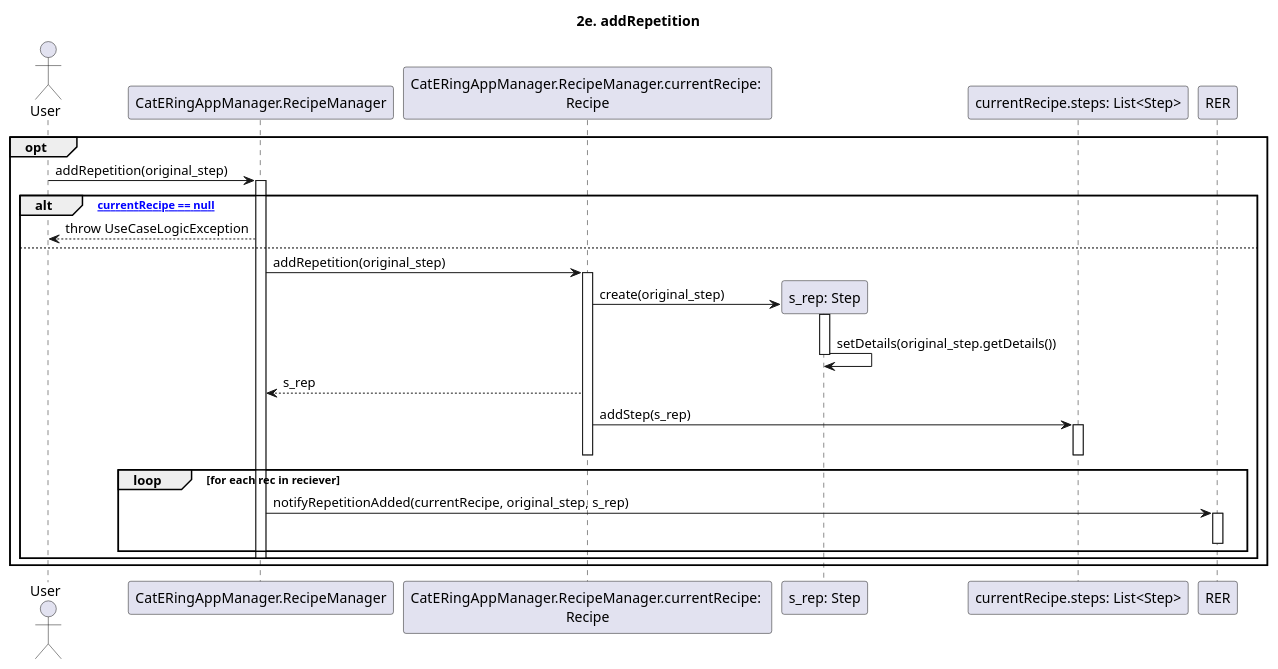
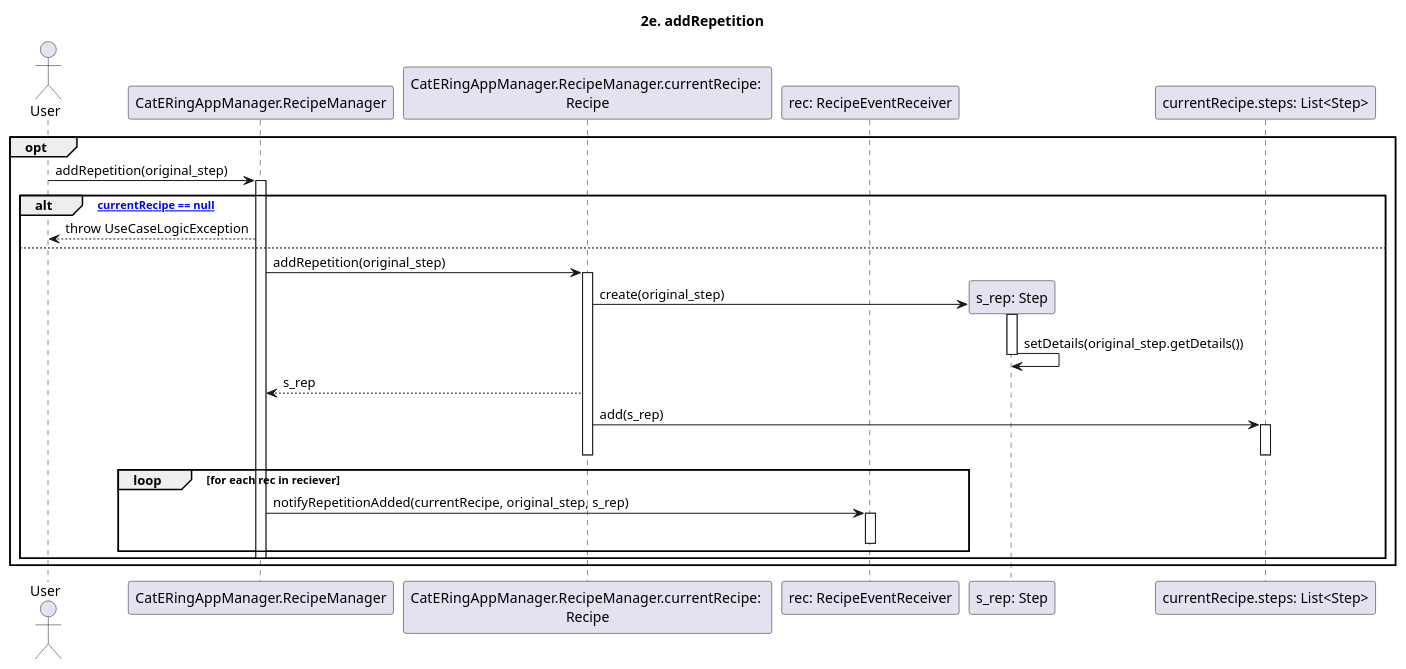
The diagram in dsd/dsd-ricette/estensioni/2e-addRepetition.md (m0canu1/sas), drawn with PlantUML before and after one commit. The commit also changed 14 other files, not shown here.

````diff
--- a/dsd/dsd-ricette/estensioni/2e-addRepetition.md
+++ b/dsd/dsd-ricette/estensioni/2e-addRepetition.md
@@ -1,45 +1,46 @@
 ```plantuml
 
 title: 2e. addRepetition
 
 Actor User
 Participant "CatERingAppManager.RecipeManager" as RM 
 Participant "CatERingAppManager.RecipeManager.currentRecipe: \nRecipe" as CR
+Participant "rec: RecipeEventReceiver" as RER
 
 
 opt
 	User -> RM: addRepetition(original_step)
 	Activate RM
 
 	alt ["currentRecipe == null"]
         RM --> User: throw UseCaseLogicException
     else
     	
     	RM -> CR: addRepetition(original_step)
         Activate CR
         
 
     	create "s_rep: Step"
         
             CR -> "s_rep: Step": create(original_step)
         Activate "s_rep: Step"
             "s_rep: Step" -> "s_rep: Step": setDetails(original_step.getDetails())
           
         
         
         Deactivate "s_rep: Step"
         CR --> RM: s_rep
-        CR -> "currentRecipe.steps: List<Step>": addStep(s_rep)
+        CR -> "currentRecipe.steps: List<Step>": add(s_rep)
         Activate "currentRecipe.steps: List<Step>"
         Deactivate CR
         Deactivate "currentRecipe.steps: List<Step>"
         loop for each rec in reciever
             RM -> RER: notifyRepetitionAdded(currentRecipe, original_step, s_rep)
             Activate RER
             Deactivate RER
         end
     	
     	Deactivate RM
    	end
 end
 ```
````
